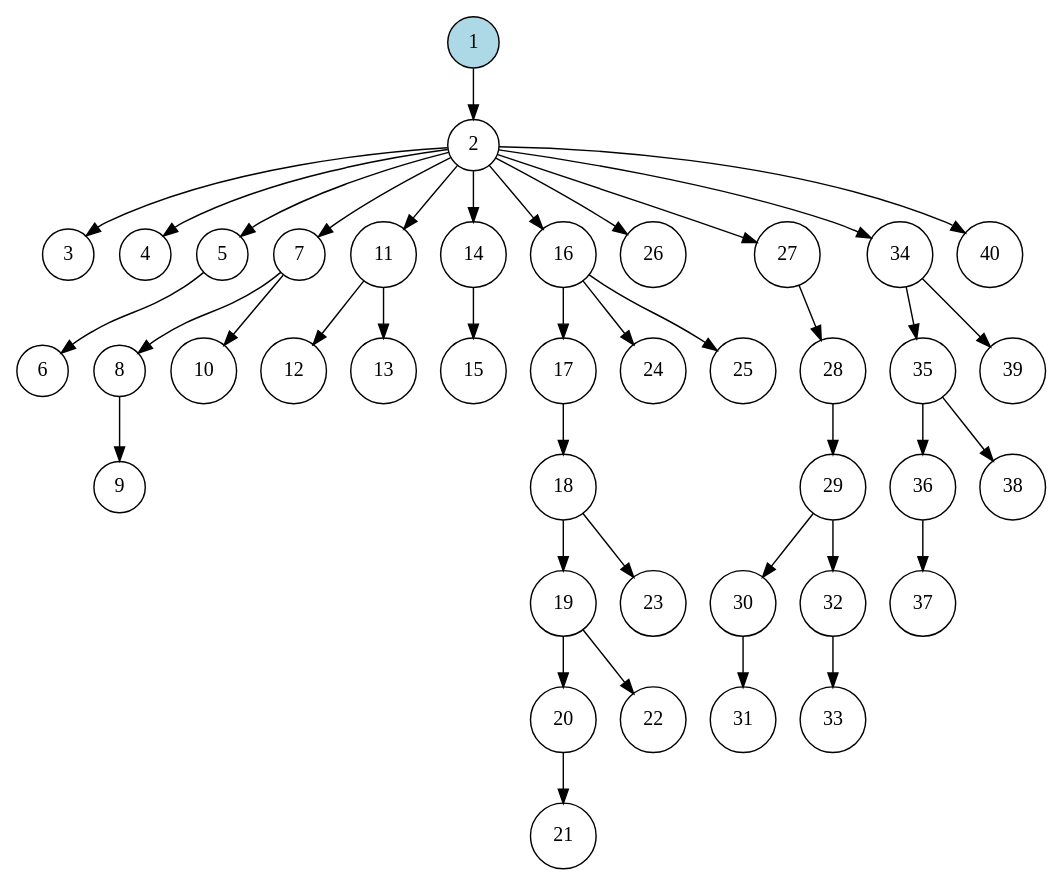
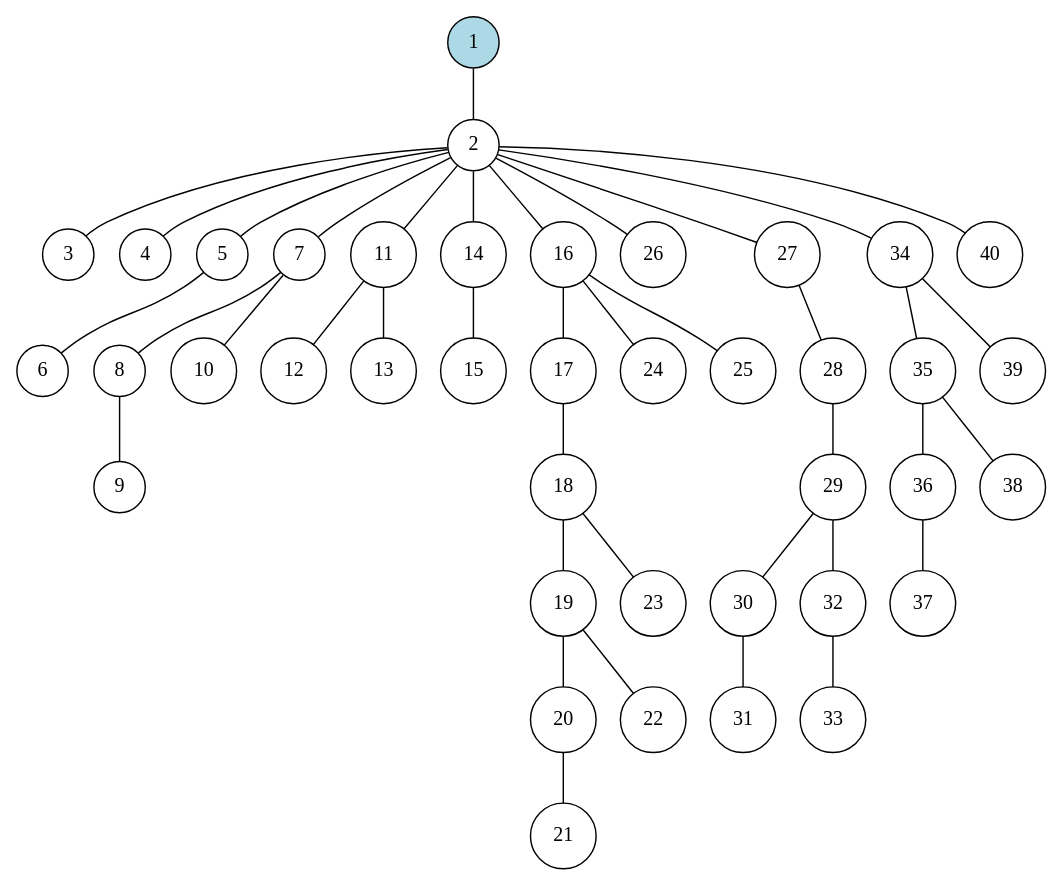
The diagram in results/dot/random-40.dot (goga-59/tree-reconstruction), drawn with Graphviz before and after one commit. The commit also changed 22 other files, not shown here.

```diff
--- a/results/dot/random-40.dot
+++ b/results/dot/random-40.dot
@@ -1,44 +1,43 @@
-digraph Tree {
-	graph [ordering=out];
+graph Tree {
 	node [shape=circle];
 	1 [style=filled, fillcolor=lightblue];
-	1 -> 2;
-	2 -> 3;
-	2 -> 4;
-	2 -> 5;
-	5 -> 6;
-	2 -> 7;
-	7 -> 8;
-	8 -> 9;
-	7 -> 10;
-	2 -> 11;
-	11 -> 12;
-	11 -> 13;
-	2 -> 14;
-	14 -> 15;
-	2 -> 16;
-	16 -> 17;
-	17 -> 18;
-	18 -> 19;
-	19 -> 20;
-	20 -> 21;
-	19 -> 22;
-	18 -> 23;
-	16 -> 24;
-	16 -> 25;
-	2 -> 26;
-	2 -> 27;
-	27 -> 28;
-	28 -> 29;
-	29 -> 30;
-	30 -> 31;
-	29 -> 32;
-	32 -> 33;
-	2 -> 34;
-	34 -> 35;
-	35 -> 36;
-	36 -> 37;
-	35 -> 38;
-	34 -> 39;
-	2 -> 40;
+	1 -- 2;
+	2 -- 3;
+	2 -- 4;
+	2 -- 5;
+	5 -- 6;
+	2 -- 7;
+	7 -- 8;
+	8 -- 9;
+	7 -- 10;
+	2 -- 11;
+	11 -- 12;
+	11 -- 13;
+	2 -- 14;
+	14 -- 15;
+	2 -- 16;
+	16 -- 17;
+	17 -- 18;
+	18 -- 19;
+	19 -- 20;
+	20 -- 21;
+	19 -- 22;
+	18 -- 23;
+	16 -- 24;
+	16 -- 25;
+	2 -- 26;
+	2 -- 27;
+	27 -- 28;
+	28 -- 29;
+	29 -- 30;
+	30 -- 31;
+	29 -- 32;
+	32 -- 33;
+	2 -- 34;
+	34 -- 35;
+	35 -- 36;
+	36 -- 37;
+	35 -- 38;
+	34 -- 39;
+	2 -- 40;
 }
```
